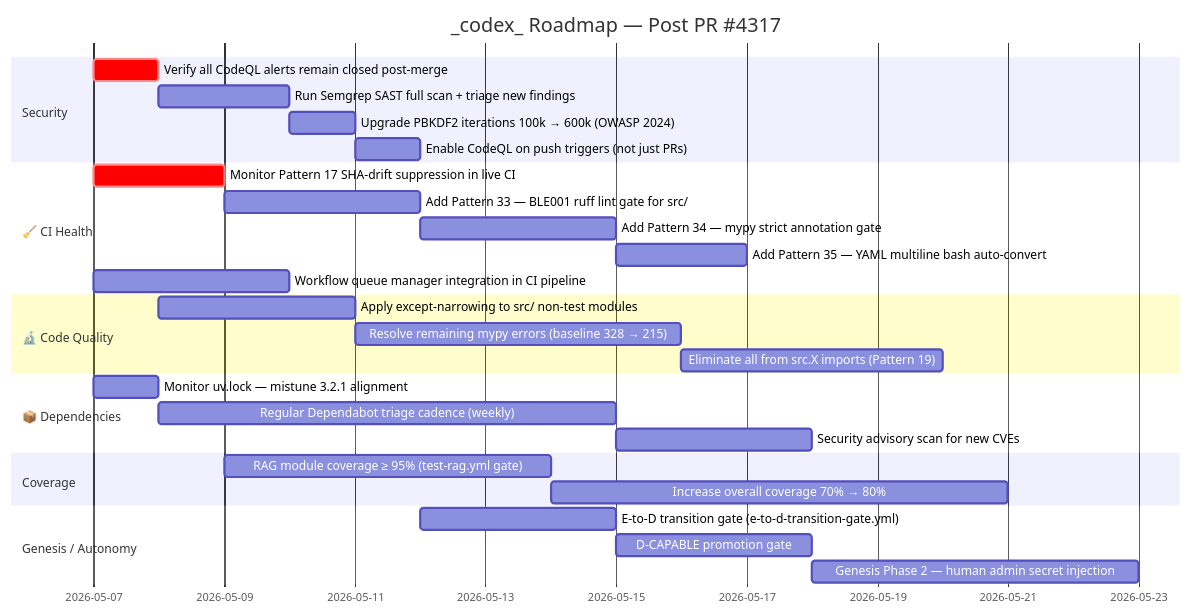
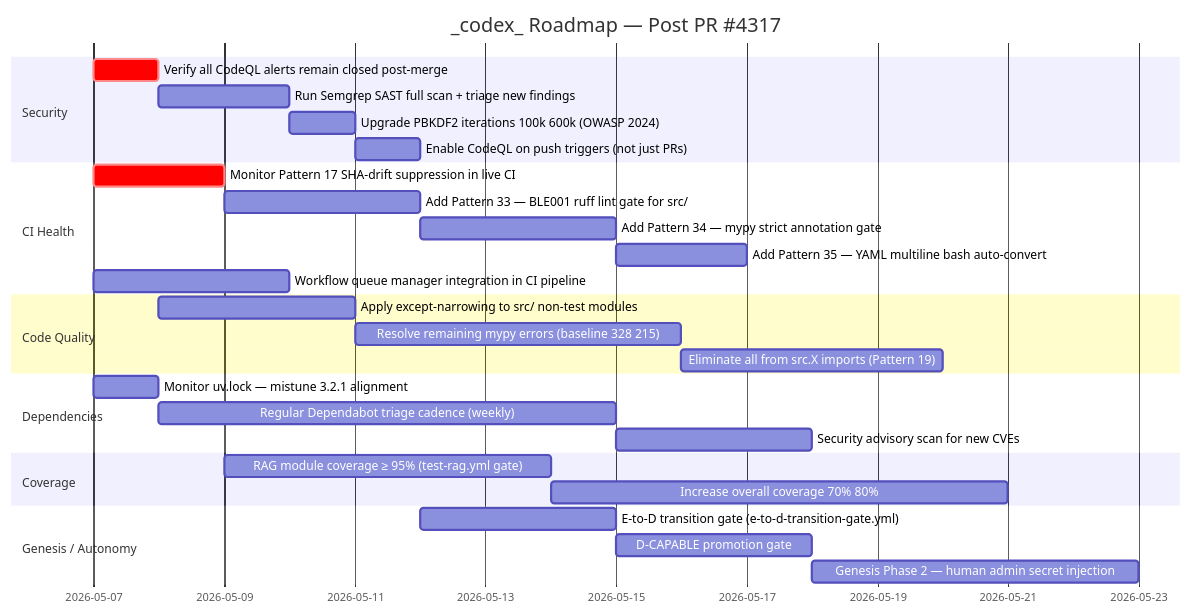
One commit to Aries-Serpent/_codex_ changed diagram 11 of 16 in docs/roadmap/PR4317_whats_next.md. Above: the diagram before and after it, drawn with Mermaid. The commit also changed other lines of this file and 4117 other files, not shown here.

````diff
--- a/docs/roadmap/PR4317_whats_next.md
+++ b/docs/roadmap/PR4317_whats_next.md
@@ -597,32 +631,33 @@
 ```mermaid
 %%{init: {'accessibility': {'title': 'Diagram'}}%%
+
 gantt
-    title _codex_ Roadmap — Post PR #4317
-    dateFormat  YYYY-MM-DD
-    section  Security
-        Verify all CodeQL alerts remain closed post-merge     :crit, sec0, 2026-05-07, 1d
-        Run Semgrep SAST full scan + triage new findings       :sec1, after sec0, 2d
-        Upgrade PBKDF2 iterations 100k → 600k (OWASP 2024)    :sec2, after sec1, 1d
-        Enable CodeQL on push triggers (not just PRs)          :sec3, after sec2, 1d
-    section 🧹 CI Health
-        Monitor Pattern 17 SHA-drift suppression in live CI    :crit, ci0, 2026-05-07, 2d
-        Add Pattern 33 — BLE001 ruff lint gate for src/        :ci1, after ci0, 3d
-        Add Pattern 34 — mypy strict annotation gate           :ci2, after ci1, 3d
-        Add Pattern 35 — YAML multiline bash auto-convert      :ci3, after ci2, 2d
-        Workflow queue manager integration in CI pipeline      :ci4, 2026-05-07, 3d
-    section 🔬 Code Quality
-        Apply except-narrowing to src/ non-test modules        :q1, 2026-05-08, 3d
-        Resolve remaining mypy errors (baseline 328 → 215)     :q2, after q1, 5d
-        Eliminate all from src.X imports (Pattern 19)          :q3, after q2, 4d
-    section 📦 Dependencies
-        Monitor uv.lock — mistune 3.2.1 alignment              :dep1, 2026-05-07, 1d
-        Regular Dependabot triage cadence (weekly)             :dep2, after dep1, 7d
-        Security advisory scan for new CVEs                    :dep3, after dep2, 3d
-    section  Coverage
-        RAG module coverage ≥ 95% (test-rag.yml gate)          :cov1, 2026-05-09, 5d
-        Increase overall coverage 70% → 80%                    :cov2, after cov1, 7d
-    section  Genesis / Autonomy
-        E-to-D transition gate (e-to-d-transition-gate.yml)    :gen1, 2026-05-12, 3d
-        D-CAPABLE promotion gate                               :gen2, after gen1, 3d
-        Genesis Phase 2 — human admin secret injection         :gen3, after gen2, 5d
+ title _codex_ Roadmap — Post PR #4317
+ dateFormat YYYY-MM-DD
+ section Security
+ Verify all CodeQL alerts remain closed post-merge :crit, sec0, 2026-05-07, 1d
+ Run Semgrep SAST full scan + triage new findings :sec1, after sec0, 2d
+ Upgrade PBKDF2 iterations 100k 600k (OWASP 2024) :sec2, after sec1, 1d
+ Enable CodeQL on push triggers (not just PRs) :sec3, after sec2, 1d
+ section CI Health
+ Monitor Pattern 17 SHA-drift suppression in live CI :crit, ci0, 2026-05-07, 2d
+ Add Pattern 33 — BLE001 ruff lint gate for src/ :ci1, after ci0, 3d
+ Add Pattern 34 — mypy strict annotation gate :ci2, after ci1, 3d
+ Add Pattern 35 — YAML multiline bash auto-convert :ci3, after ci2, 2d
+ Workflow queue manager integration in CI pipeline :ci4, 2026-05-07, 3d
+ section Code Quality
+ Apply except-narrowing to src/ non-test modules :q1, 2026-05-08, 3d
+ Resolve remaining mypy errors (baseline 328 215) :q2, after q1, 5d
+ Eliminate all from src.X imports (Pattern 19) :q3, after q2, 4d
+ section Dependencies
+ Monitor uv.lock — mistune 3.2.1 alignment :dep1, 2026-05-07, 1d
+ Regular Dependabot triage cadence (weekly) :dep2, after dep1, 7d
+ Security advisory scan for new CVEs :dep3, after dep2, 3d
+ section Coverage
+ RAG module coverage ≥ 95% (test-rag.yml gate) :cov1, 2026-05-09, 5d
+ Increase overall coverage 70% 80% :cov2, after cov1, 7d
+ section Genesis / Autonomy
+ E-to-D transition gate (e-to-d-transition-gate.yml) :gen1, 2026-05-12, 3d
+ D-CAPABLE promotion gate :gen2, after gen1, 3d
+ Genesis Phase 2 — human admin secret injection :gen3, after gen2, 5d
 ```
````
